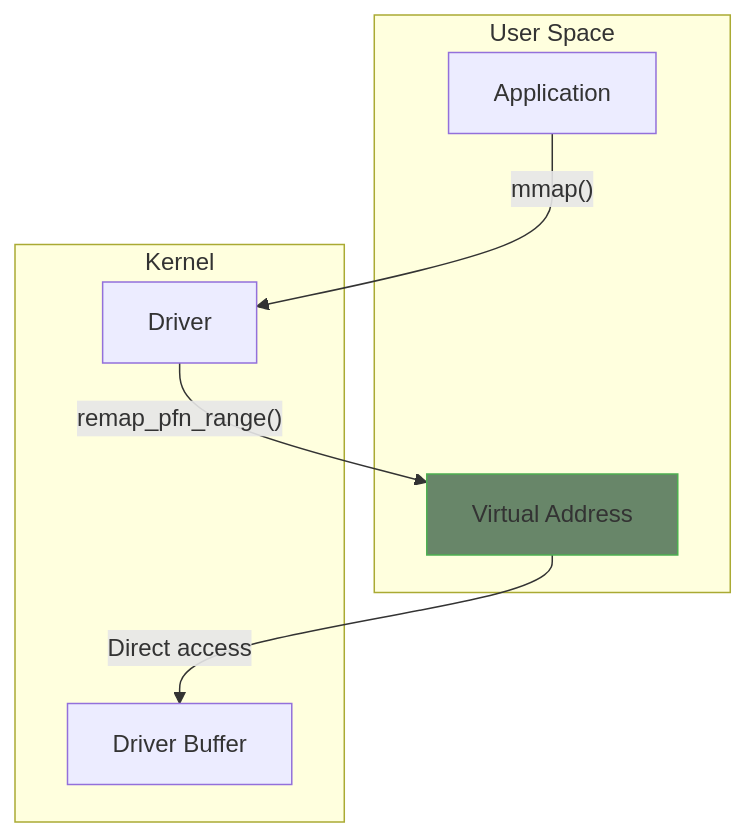
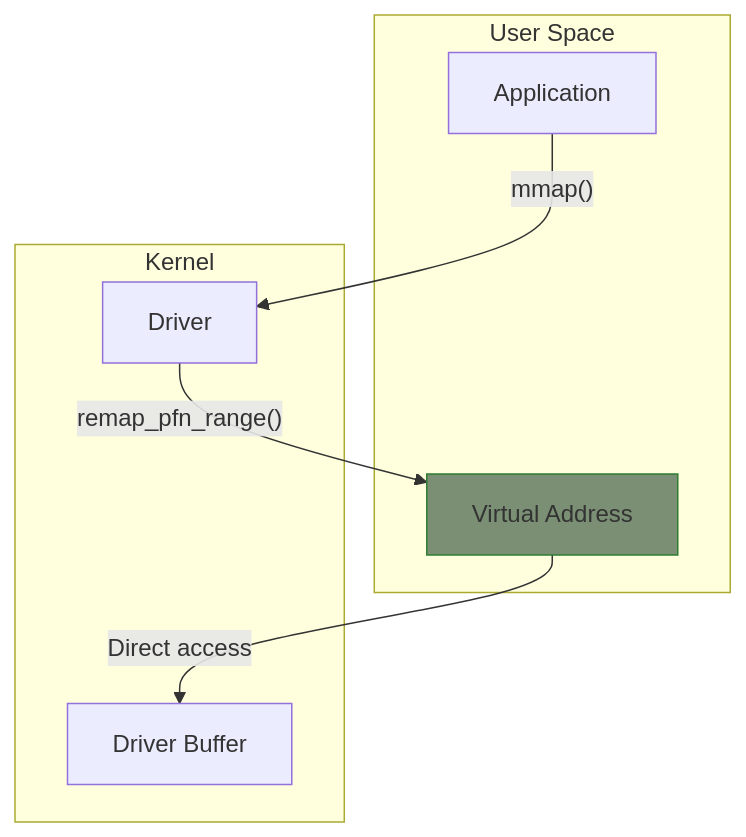
Before and after one commit to MichaelTien8901/linux-driver-guide-tutorial: the diagram in part5/08-mmap.md, drawn with Mermaid. The commit also changed 36 other files, not shown here.

Commit message:
Fix mermaid diagram colors to use consistent paper-like theme

````diff
--- a/part5/08-mmap.md
+++ b/part5/08-mmap.md
@@ -14,18 +14,18 @@
 ```mermaid
 flowchart TB
     subgraph UserSpace["User Space"]
         App["Application"]
         VA["Virtual Address"]
     end
 
     subgraph Kernel["Kernel"]
         Driver["Driver"]
         Buf["Driver Buffer"]
     end
 
     App -->|"mmap()"| Driver
     Driver -->|"remap_pfn_range()"| VA
     VA -->|"Direct access"| Buf
 
-    style VA fill:#688669,stroke:#4caf50
+    style VA fill:#7a8f73,stroke:#2e7d32
 ```
````
